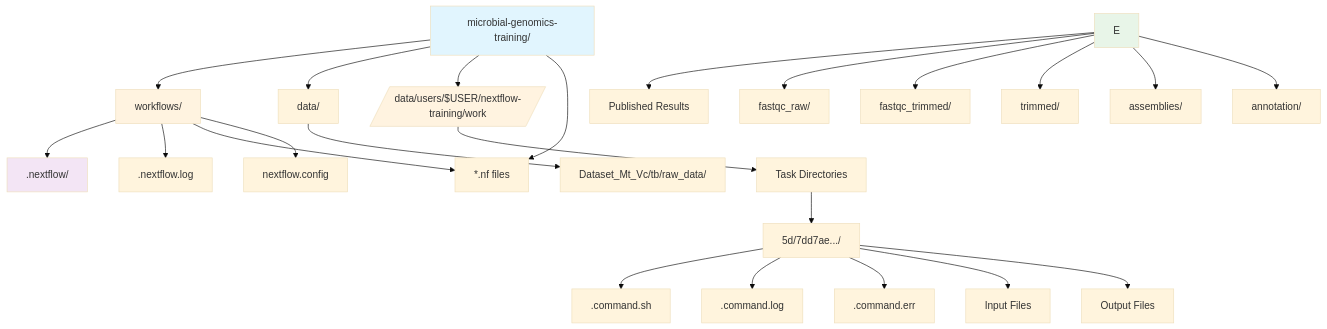
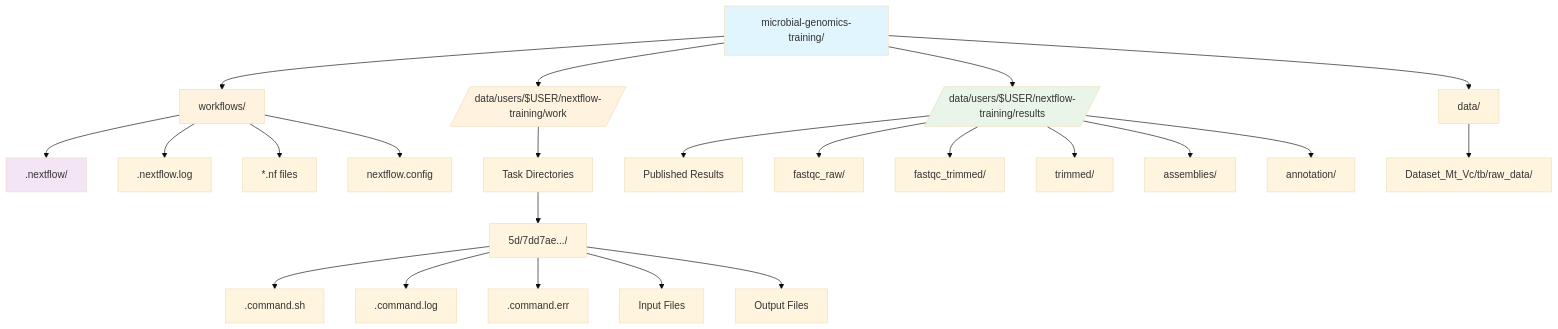
One commit to mamanambiya/microbial-genomics-training changed the seventh of 8 diagrams in docs_src/modules/day6/index.md. Above: the diagram before and after it, drawn with Mermaid (base theme). The commit also changed other lines of this file and 8 other files, not shown here.

````diff
--- a/docs_src/modules/day6/index.md
+++ b/docs_src/modules/day6/index.md
@@ -1319,35 +1293,35 @@
 ```mermaid
 graph TD
     A[microbial-genomics-training/] --> B[workflows/]
     A --> C[data/]
     A --> D[/data/users/$USER/nextflow-training/work/]
-    A --> H[/data/users/$USER/nextflow-training/results/]
+    A --> E[/data/users/$USER/nextflow-training/results/]
 
     B --> F[.nextflow/]
     B --> G[.nextflow.log]
     B --> H[*.nf files]
     B --> I[nextflow.config]
 
     D --> J[Task Directories]
     J --> K[5d/7dd7ae.../]
     K --> L[.command.sh]
     K --> M[.command.log]
     K --> N[.command.err]
     K --> O[Input Files]
     K --> P[Output Files]
 
     E --> Q[Published Results]
     E --> R[fastqc_raw/]
     E --> S[fastqc_trimmed/]
     E --> T[trimmed/]
     E --> U[assemblies/]
     E --> V[annotation/]
 
     C --> W[Dataset_Mt_Vc/tb/raw_data/]
 
     style A fill:#e1f5fe
     style B fill:#fff3e0
     style D fill:#fff3e0
     style E fill:#e8f5e8
     style F fill:#f3e5f5
 ```
````
